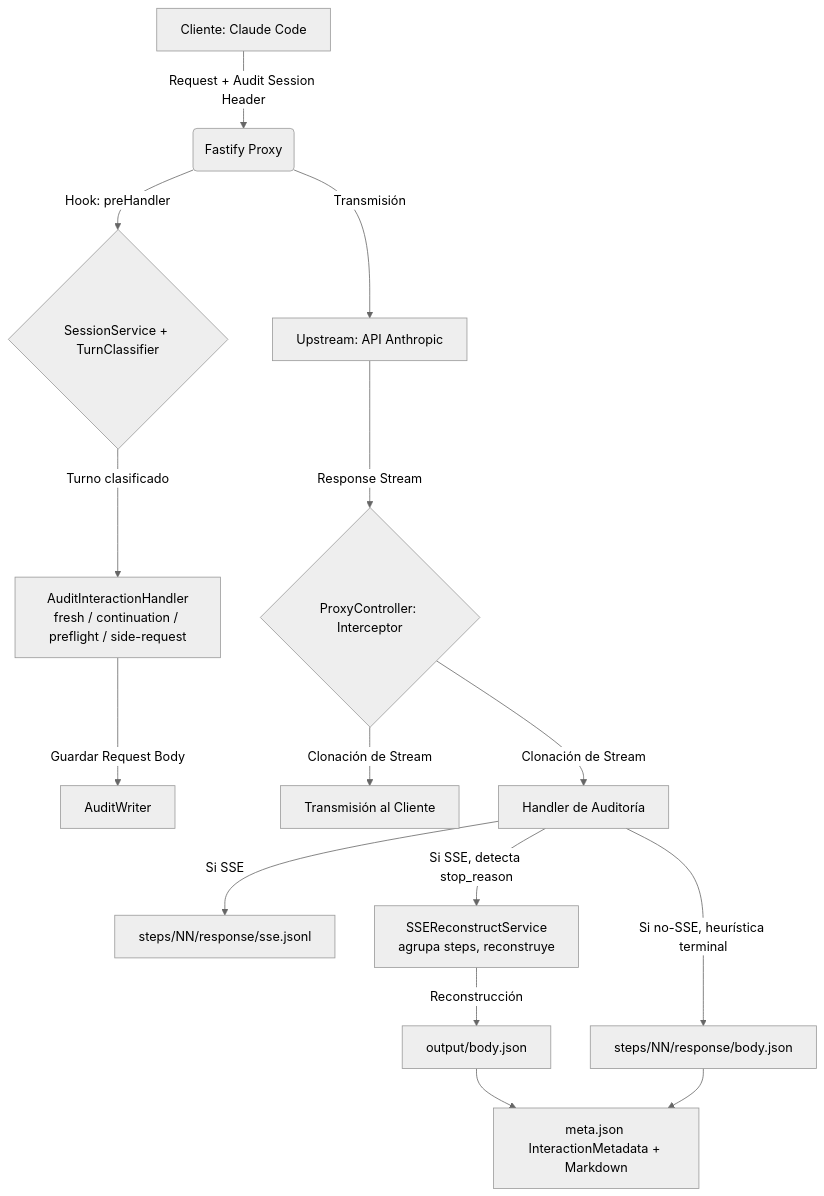
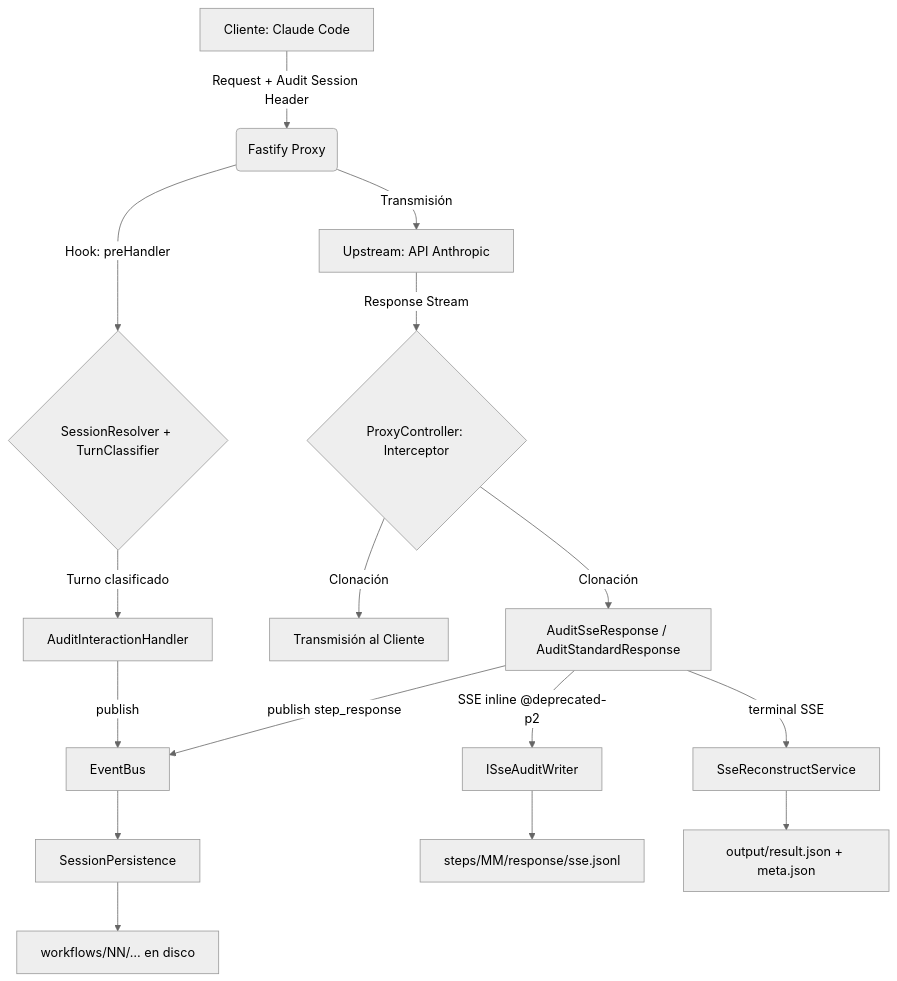
One commit to CristianRojas-SoftwareEngineer/EvolutiveX-Agent-Orchestrator changed the diagram in README.md. Above: the diagram before and after it, drawn with Mermaid (neutral theme). The commit also changed other lines of this file and 52 other files, not shown here.

````diff
--- a/README.md
+++ b/README.md
@@ -44,17 +48,18 @@
 ```mermaid
 graph TD
     A[Cliente: Claude Code] -->|Request + Audit Session Header| B(Fastify Proxy)
-    B -->|Hook: preHandler| C{SessionService + TurnClassifier}
-    C -->|Turno clasificado| D[AuditInteractionHandler\nfresh / continuation / preflight / side-request]
-    D -->|Guardar Request Body| E[AuditWriter]
+    B -->|Hook: preHandler| C{SessionResolver + TurnClassifier}
+    C -->|Turno clasificado| D[AuditInteractionHandler]
+    D -->|publish| EB[EventBus]
+    EB --> SP[SessionPersistence]
+    SP --> W["workflows/NN/… en disco"]
     B -->|Transmisión| F[Upstream: API Anthropic]
     F -->|Response Stream| G{ProxyController: Interceptor}
-    G -->|Clonación de Stream| H[Transmisión al Cliente]
-    G -->|Clonación de Stream| I[Handler de Auditoría]
-    I -->|Si SSE| J[steps/NN/response/sse.jsonl]
-    I -->|Si SSE, detecta stop_reason| K[SSEReconstructService\nagrupa steps, reconstruye]
-    K -->|Reconstrucción| L[output/body.json]
-    I -->|Si no-SSE, heurística terminal| M[steps/NN/response/body.json]
-    L --> N[meta.json InteractionMetadata + Markdown]
-    M --> N
+    G -->|Clonación| H[Transmisión al Cliente]
+    G -->|Clonación| I[AuditSseResponse / AuditStandardResponse]
+    I -->|publish step_response| EB
+    I -->|SSE inline @deprecated-p2| SSEW[ISseAuditWriter]
+    SSEW --> J["steps/MM/response/sse.jsonl"]
+    I -->|terminal SSE| K[SseReconstructService]
+    K --> L["output/result.json + meta.json"]
 ```
````
